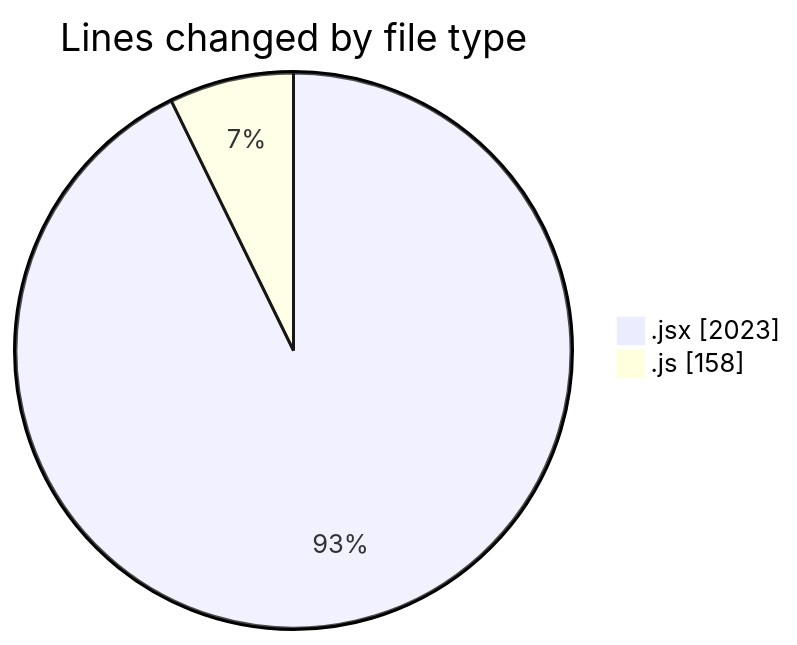
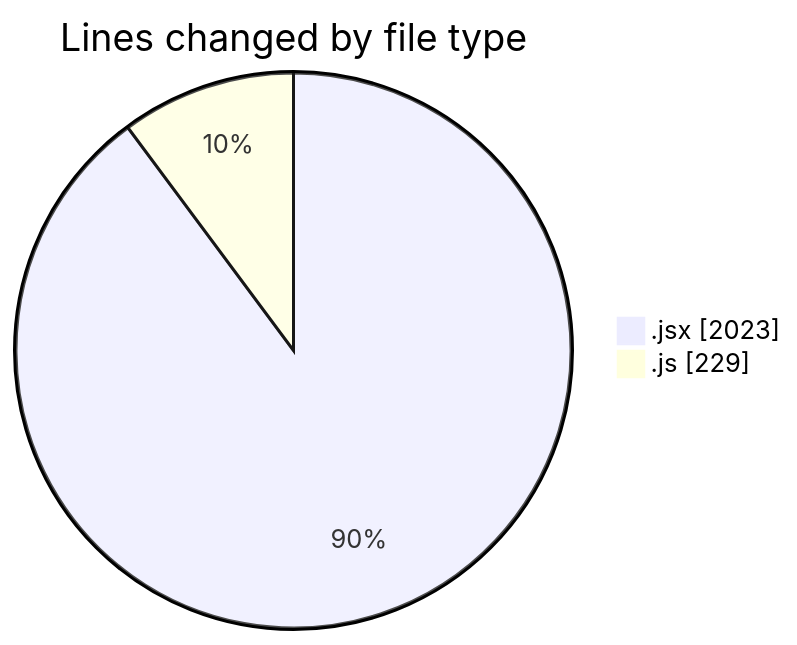
The first of 2 diagrams in 2025-12-30/nxtqube_webapp/README.md (nxtqubesakshisongat/code-tracking), drawn with Mermaid before and after one commit. The commit also changed other lines of this file and 1 other file, not shown here.

````diff
--- a/2025-12-30/nxtqube_webapp/README.md
+++ b/2025-12-30/nxtqube_webapp/README.md
@@ -22,6 +23,6 @@
 ```mermaid
 pie showData
 title Lines changed by file type
 ".jsx" : 2023
-".js" : 158
+".js" : 229
 ```
````
